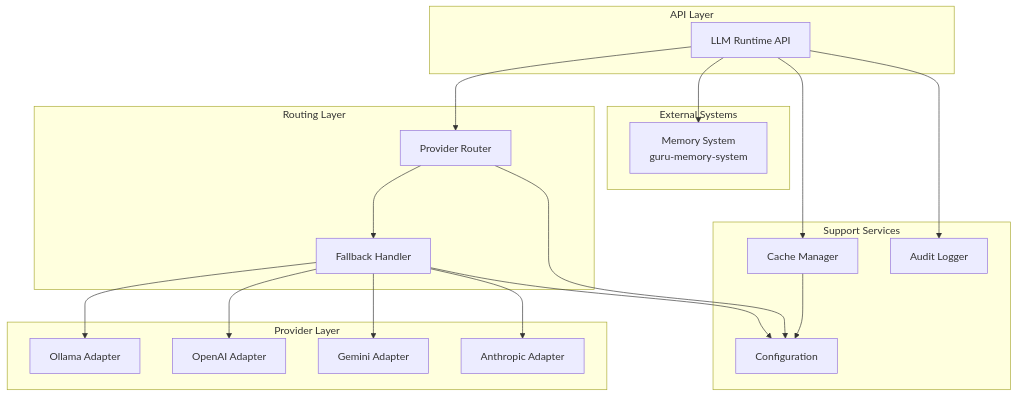
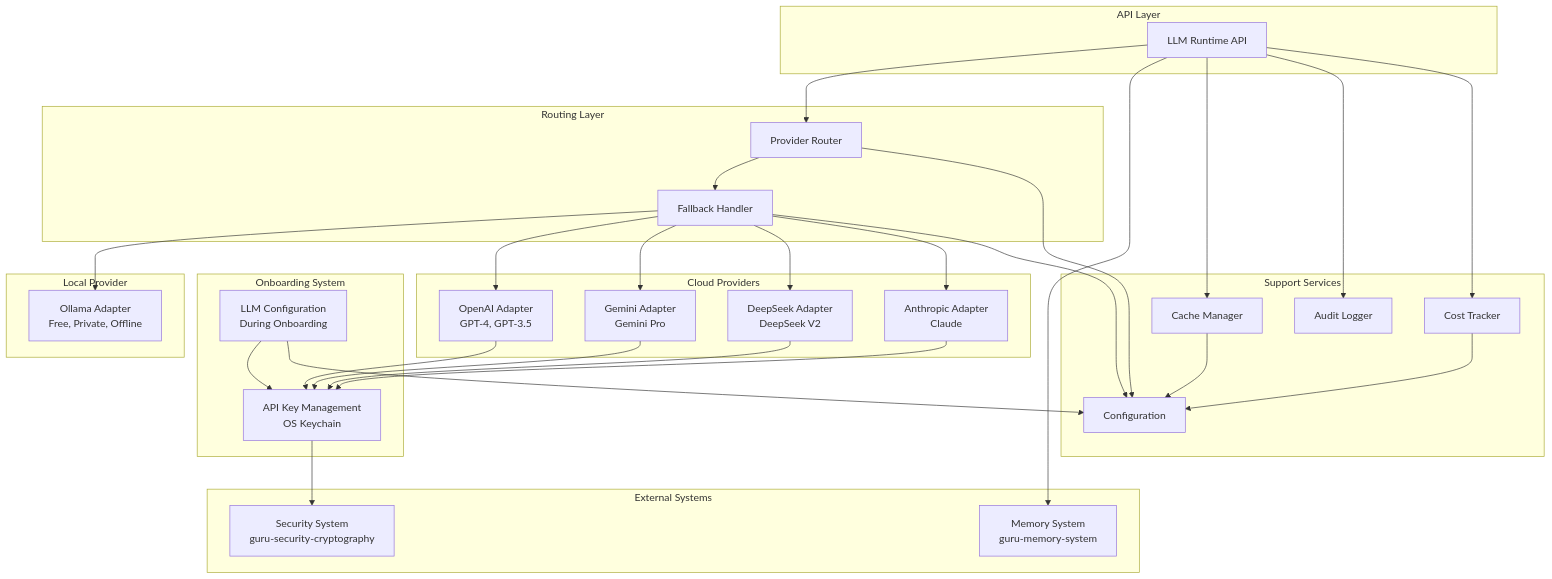
The diagram in .kiro/specs/guru-llm-runtime/design.md (Surajsharma0804/Agent_Guru), drawn with Mermaid before and after one commit. The commit also changed other lines of this file, not shown here.

Commit message:
Update guru-llm-runtime design.md with onboarding and cloud API architecture

````diff
--- a/.kiro/specs/guru-llm-runtime/design.md
+++ b/.kiro/specs/guru-llm-runtime/design.md
@@ -19,43 +30,66 @@
 ```mermaid
 graph TB
+    subgraph "Onboarding System"
+        Onboard[LLM Configuration<br/>During Onboarding]
+        KeyMgmt[API Key Management<br/>OS Keychain]
+    end
+    
     subgraph "API Layer"
         API[LLM Runtime API]
     end
     
     subgraph "Routing Layer"
         Router[Provider Router]
         Fallback[Fallback Handler]
     end
     
-    subgraph "Provider Layer"
-        Ollama[Ollama Adapter]
-        OpenAI[OpenAI Adapter]
-        Gemini[Gemini Adapter]
-        Anthropic[Anthropic Adapter]
+    subgraph "Local Provider"
+        Ollama[Ollama Adapter<br/>Free, Private, Offline]
+    end
+    
+    subgraph "Cloud Providers"
+        OpenAI[OpenAI Adapter<br/>GPT-4, GPT-3.5]
+        Gemini[Gemini Adapter<br/>Gemini Pro]
+        DeepSeek[DeepSeek Adapter<br/>DeepSeek V2]
+        Anthropic[Anthropic Adapter<br/>Claude]
     end
     
     subgraph "Support Services"
         Cache[Cache Manager]
         Audit[Audit Logger]
+        Cost[Cost Tracker]
         Config[Configuration]
     end
     
     subgraph "External Systems"
         Memory[Memory System<br/>guru-memory-system]
+        Security[Security System<br/>guru-security-cryptography]
     end
+    
+    Onboard --> KeyMgmt
+    Onboard --> Config
+    KeyMgmt --> Security
     
     API --> Router
     API --> Memory
     Router --> Fallback
     Fallback --> Ollama
     Fallback --> OpenAI
     Fallback --> Gemini
+    Fallback --> DeepSeek
     Fallback --> Anthropic
     
     API --> Cache
     API --> Audit
+    API --> Cost
     
     Router --> Config
     Fallback --> Config
     Cache --> Config
+    Cost --> Config
+    
+    OpenAI --> KeyMgmt
+    Gemini --> KeyMgmt
+    DeepSeek --> KeyMgmt
+    Anthropic --> KeyMgmt
 ```
````
